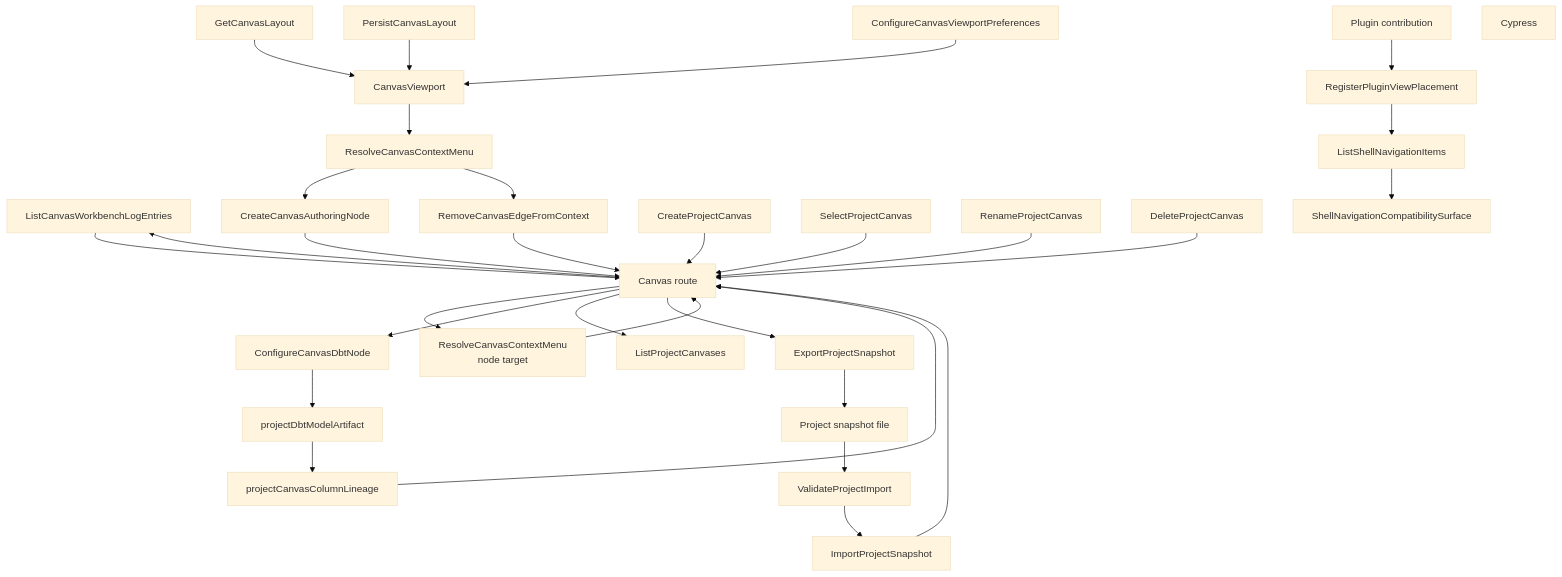
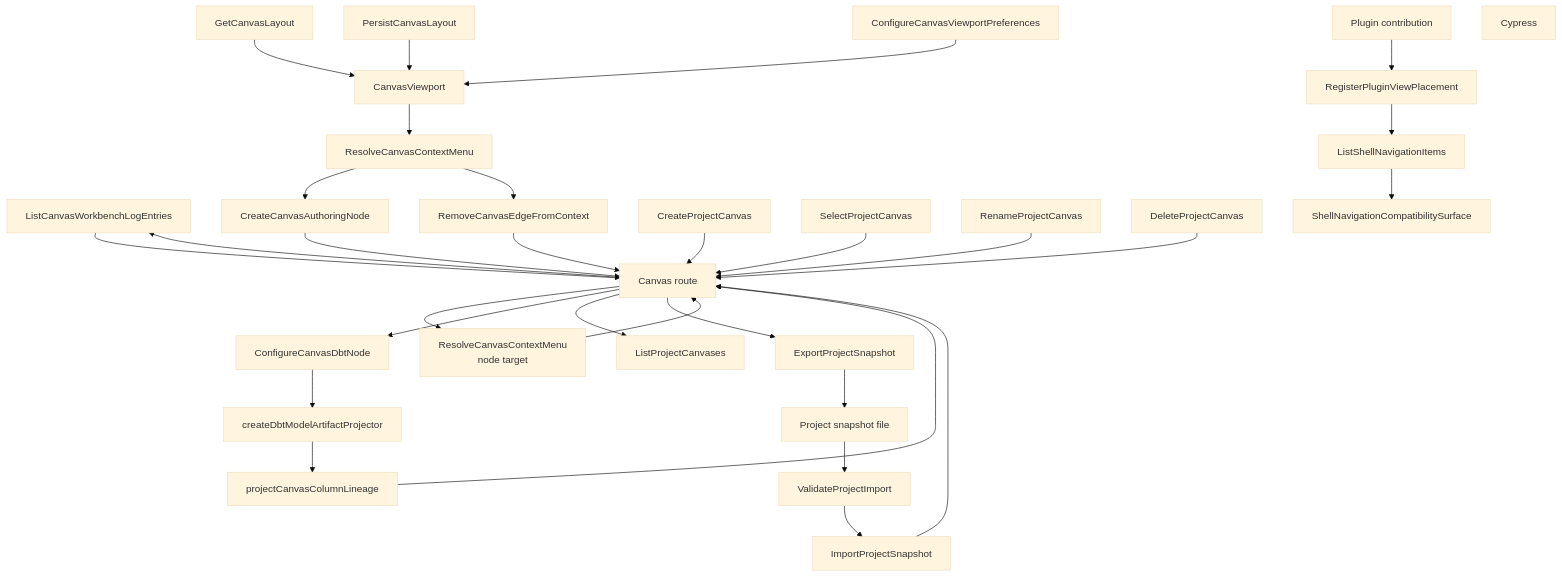
Before and after one commit to dunay2/dvt: the third of 6 diagrams in docs/architecture/components/web/graph/canvas-workbench-command-query-catalog.md, drawn with Mermaid (base theme). The commit also changed other lines of this file and 8 other files, not shown here.

Commit message:
perf(web): Reuse dbt model projections within one workspace evaluation

````diff
--- a/docs/architecture/components/web/graph/canvas-workbench-command-query-catalog.md
+++ b/docs/architecture/components/web/graph/canvas-workbench-command-query-catalog.md
@@ -399,60 +399,60 @@
 ```mermaid
 flowchart TD
   Plugin["Plugin contribution"]
   Placement["RegisterPluginViewPlacement"]
   ShellQuery["ListShellNavigationItems"]
   LogQuery["ListCanvasWorkbenchLogEntries"]
   LayoutQuery["GetCanvasLayout"]
   LayoutCommand["PersistCanvasLayout"]
   Prefs["ConfigureCanvasViewportPreferences"]
   ContextMenu["ResolveCanvasContextMenu"]
   NodeMenu["ResolveCanvasContextMenu<br>node target"]
   CreateNode["CreateCanvasAuthoringNode"]
   RemoveEdge["RemoveCanvasEdgeFromContext"]
   ConfigureDbt["ConfigureCanvasDbtNode"]
-  DbtArtifact["projectDbtModelArtifact"]
+  DbtArtifact["createDbtModelArtifactProjector"]
   ColumnLineage["projectCanvasColumnLineage"]
   CanvasList["ListProjectCanvases"]
   CanvasCreate["CreateProjectCanvas"]
   CanvasSelect["SelectProjectCanvas"]
   CanvasRename["RenameProjectCanvas"]
   CanvasDelete["DeleteProjectCanvas"]
   ExportSnapshot["ExportProjectSnapshot"]
   ValidateImport["ValidateProjectImport"]
   ImportSnapshot["ImportProjectSnapshot"]
   Shell["ShellNavigationCompatibilitySurface"]
   Canvas["Canvas route"]
   Viewport["CanvasViewport"]
   File["Project snapshot file"]
   Cypress["Cypress"]
 
   Plugin --> Placement
   Placement --> ShellQuery
   ShellQuery --> Shell
   Canvas --> LogQuery
   LogQuery --> Canvas
   LayoutQuery --> Viewport
   LayoutCommand --> Viewport
   Prefs --> Viewport
   Viewport --> ContextMenu
   Canvas --> NodeMenu
   ContextMenu --> CreateNode
   ContextMenu --> RemoveEdge
   Canvas --> ConfigureDbt
   ConfigureDbt --> DbtArtifact
   DbtArtifact --> ColumnLineage
   ColumnLineage --> Canvas
   NodeMenu --> Canvas
   CreateNode --> Canvas
   RemoveEdge --> Canvas
   Canvas --> CanvasList
   CanvasCreate --> Canvas
   CanvasSelect --> Canvas
   CanvasRename --> Canvas
   CanvasDelete --> Canvas
   Canvas --> ExportSnapshot
   ExportSnapshot --> File
   File --> ValidateImport
   ValidateImport --> ImportSnapshot
   ImportSnapshot --> Canvas
 ```
````
